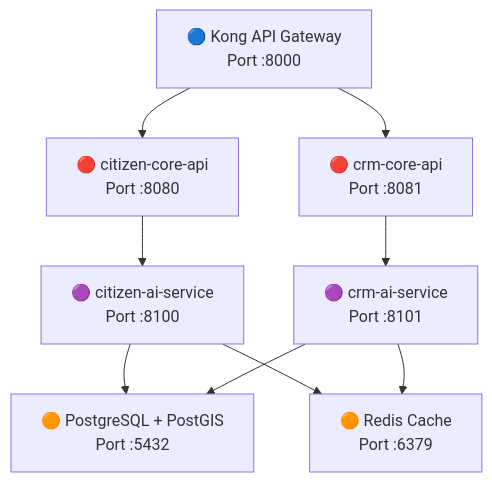
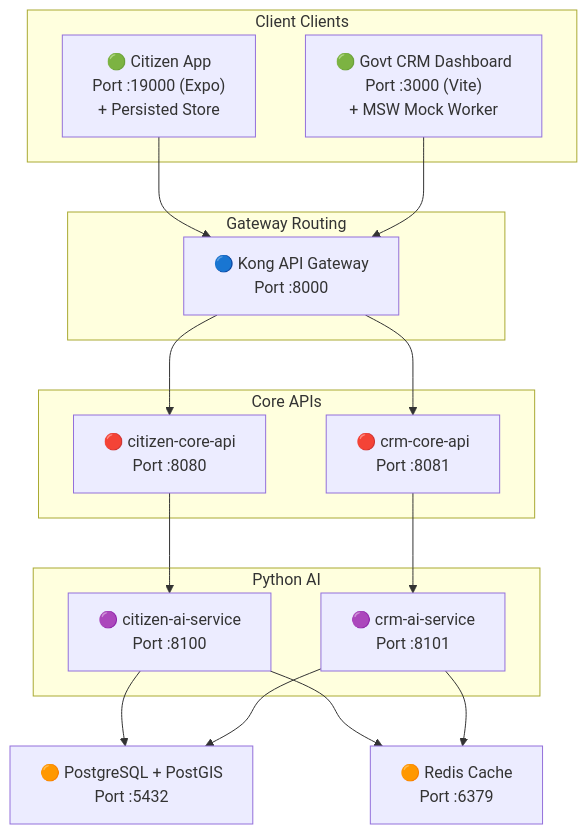
One commit to pec-yantramanav/road-safety-hackathon-2026 changed the diagram in docs/STLC_Test_Plan/04_test_environment_setup.md. Above: the diagram before and after it, drawn with Mermaid. The commit also changed other lines of this file and 96 other files, not shown here.

````diff
--- a/docs/STLC_Test_Plan/04_test_environment_setup.md
+++ b/docs/STLC_Test_Plan/04_test_environment_setup.md
@@ -9,16 +9,36 @@
 ```mermaid
 graph TD
-    KONG["🔵 Kong API Gateway<br/>Port :8000"]
+    subgraph Client Clients
+        CA["🟢 Citizen App<br/>Port :19000 (Expo)<br/>+ Persisted Store"]
+        CRM["🟢 Govt CRM Dashboard<br/>Port :3000 (Vite)<br/>+ MSW Mock Worker"]
+      end
+
+    subgraph Gateway Routing
+        KONG["🔵 Kong API Gateway<br/>Port :8000"]
+    end
     
-    KONG --> CIT_CORE["🔴 citizen-core-api<br/>Port :8080"]
-    KONG --> CRM_CORE["🔴 crm-core-api<br/>Port :8081"]
+    subgraph Core APIs
+        CIT_CORE["🔴 citizen-core-api<br/>Port :8080"]
+        CRM_CORE["🔴 crm-core-api<br/>Port :8081"]
+    end
+
+    subgraph Python AI
+        CIT_AI["🟣 citizen-ai-service<br/>Port :8100"]
+        CRM_AI["🟣 crm-ai-service<br/>Port :8101"]
+    end
     
-    CIT_CORE --> CIT_AI["🟣 citizen-ai-service<br/>Port :8100"]
-    CRM_CORE --> CRM_AI["🟣 crm-ai-service<br/>Port :8101"]
+    CA --> KONG
+    CRM --> KONG
+    
+    KONG --> CIT_CORE
+    KONG --> CRM_CORE
+    
+    CIT_CORE --> CIT_AI
+    CRM_CORE --> CRM_AI
     
     CIT_AI --> PG["🟠 PostgreSQL + PostGIS<br/>Port :5432"]
     CRM_AI --> PG
     
     CIT_AI --> REDIS["🟠 Redis Cache<br/>Port :6379"]
     CRM_AI --> REDIS
 ```
````
